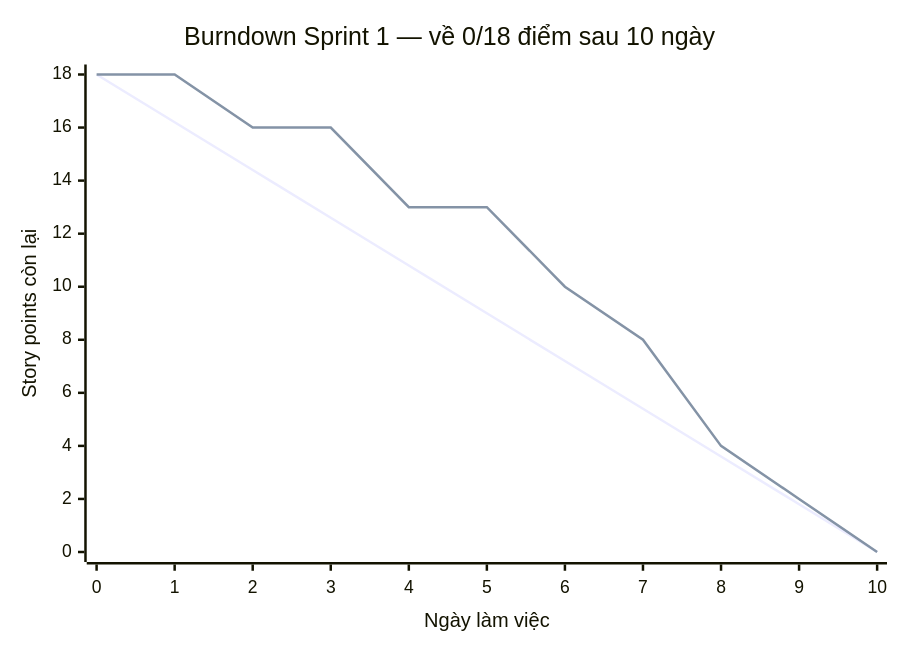
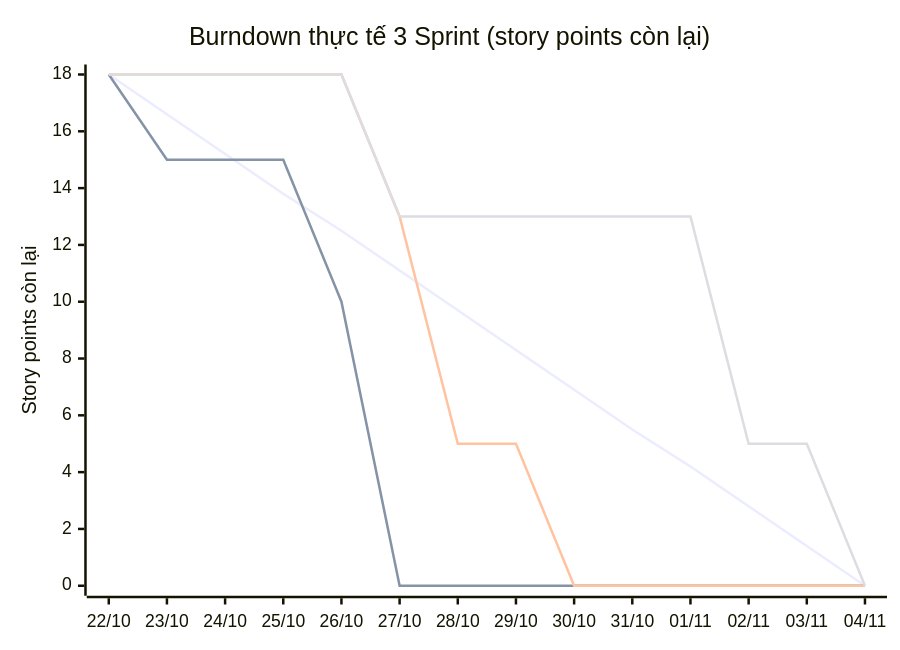
The first of 2 diagrams in docs/diagrams/sprint-plan.md (Nghiaphan123/BrewLite_Cof), drawn with Mermaid before and after one commit. The commit also changed other lines of this file, not shown here.

Commit message:
docs(sprint-plan): thay burndown mẫu bằng số liệu thực tế (Task 9)

````diff
--- a/docs/diagrams/sprint-plan.md
+++ b/docs/diagrams/sprint-plan.md
@@ -69,8 +93,10 @@
 ```mermaid
 xychart-beta
-    title "Burndown Sprint 1 — về 0/18 điểm sau 10 ngày"
-    x-axis "Ngày làm việc" [0, 1, 2, 3, 4, 5, 6, 7, 8, 9, 10]
+    title "Burndown thực tế 3 Sprint (story points còn lại)"
+    x-axis ["22/10", "23/10", "24/10", "25/10", "26/10", "27/10", "28/10", "29/10", "30/10", "31/10", "01/11", "02/11", "03/11", "04/11"]
     y-axis "Story points còn lại" 0 --> 18
-    line "Lý tưởng (Ideal)" [18, 16.2, 14.4, 12.6, 10.8, 9.0, 7.2, 5.4, 3.6, 1.8, 0]
-    line "Thực tế (Actual)" [18, 18, 16, 16, 13, 13, 10, 8, 4, 2, 0]
+    line "Lý tưởng" [18, 16.6, 15.2, 13.8, 12.5, 11.1, 9.7, 8.3, 6.9, 5.5, 4.2, 2.8, 1.4, 0]
+    line "Sprint 1" [18, 15, 15, 15, 10, 0, 0, 0, 0, 0, 0, 0, 0, 0]
+    line "Sprint 2" [18, 18, 18, 18, 18, 13, 5, 5, 0, 0, 0, 0, 0, 0]
+    line "Sprint 3" [18, 18, 18, 18, 18, 13, 13, 13, 13, 13, 13, 5, 5, 0]
 ```
````
